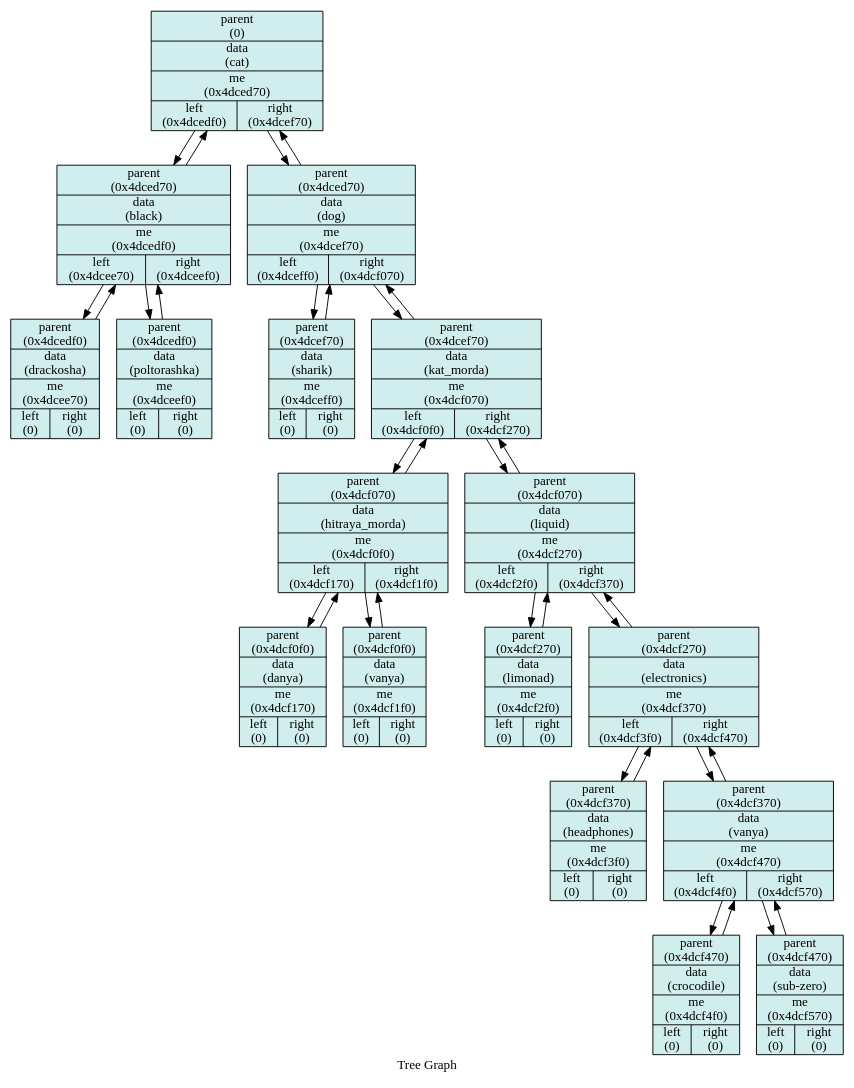
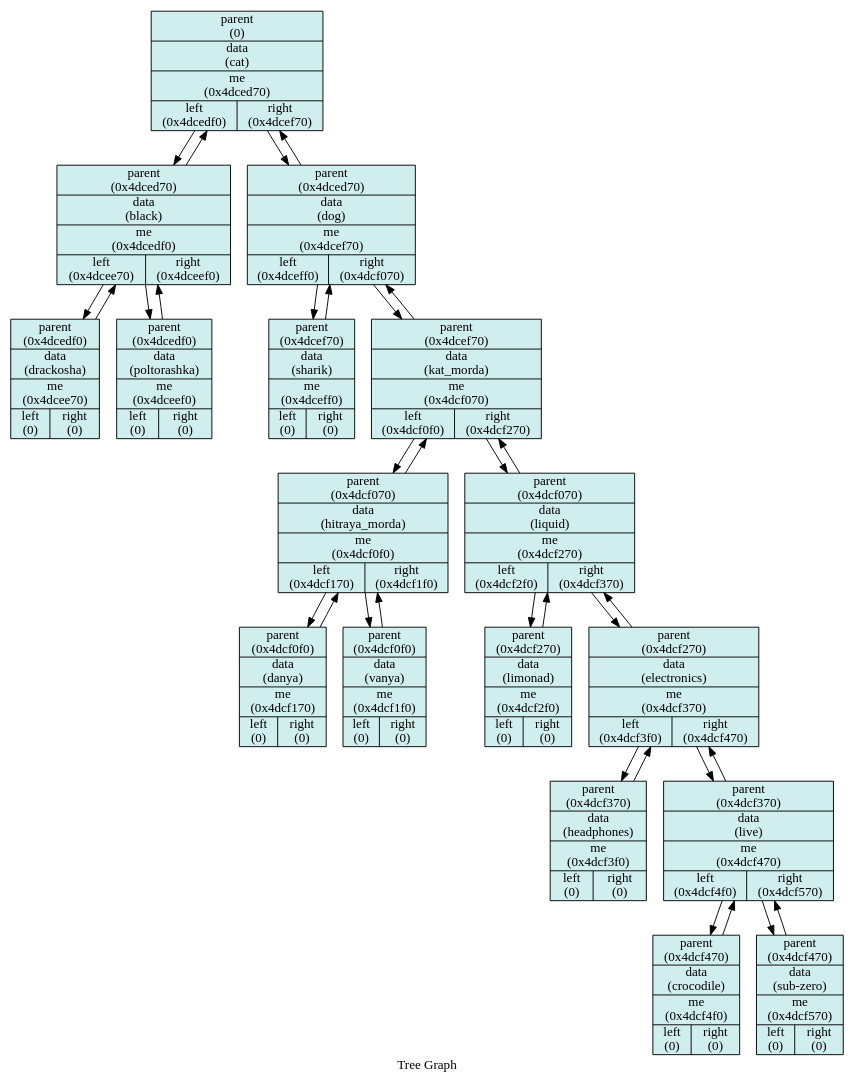
One commit to StaVan28/iLab changed the diagram in 7_akinator/Txt/graph_tree_db.dot. Above: the diagram before and after it, drawn with Graphviz. The commit also changed 17 other files, not shown here.

```diff
--- a/7_akinator/Txt/graph_tree_db.dot
+++ b/7_akinator/Txt/graph_tree_db.dot
@@ -1,91 +1,91 @@
 digraph Tree {
 
 	node [shape = "circle", style = "filled", fillcolor = "red",fontcolor = "#000000", margin = "0.01"];
 	rankdir = "TB";
 
 	label = "Tree Graph";
 
 	"0x4dced70" [shape = "record", fillcolor="lightcyan2", label = "{ {parent\n (0) } |{data\n (cat) } |{me\n (0x4dced70) } |{left\n (0x4dcedf0)   |right\n (0x4dcef70) } }"];
 	"0x4dced70"->"0x4dcedf0";
 	"0x4dced70"->"0x4dcef70";
 
 
 	"0x4dcef70" [shape = "record", fillcolor="lightcyan2", label = "{ {parent\n (0x4dced70) } |{data\n (dog) } |{me\n (0x4dcef70) } |{left\n (0x4dceff0)   |right\n (0x4dcf070) } }"];
 	"0x4dcef70"->"0x4dced70";
 	"0x4dcef70"->"0x4dceff0";
 	"0x4dcef70"->"0x4dcf070";
 
 
 	"0x4dcf070" [shape = "record", fillcolor="lightcyan2", label = "{ {parent\n (0x4dcef70) } |{data\n (kat_morda) } |{me\n (0x4dcf070) } |{left\n (0x4dcf0f0)   |right\n (0x4dcf270) } }"];
 	"0x4dcf070"->"0x4dcef70";
 	"0x4dcf070"->"0x4dcf0f0";
 	"0x4dcf070"->"0x4dcf270";
 
 
 	"0x4dcf270" [shape = "record", fillcolor="lightcyan2", label = "{ {parent\n (0x4dcf070) } |{data\n (liquid) } |{me\n (0x4dcf270) } |{left\n (0x4dcf2f0)   |right\n (0x4dcf370) } }"];
 	"0x4dcf270"->"0x4dcf070";
 	"0x4dcf270"->"0x4dcf2f0";
 	"0x4dcf270"->"0x4dcf370";
 
 
 	"0x4dcf370" [shape = "record", fillcolor="lightcyan2", label = "{ {parent\n (0x4dcf270) } |{data\n (electronics) } |{me\n (0x4dcf370) } |{left\n (0x4dcf3f0)   |right\n (0x4dcf470) } }"];
 	"0x4dcf370"->"0x4dcf270";
 	"0x4dcf370"->"0x4dcf3f0";
 	"0x4dcf370"->"0x4dcf470";
 
 
-	"0x4dcf470" [shape = "record", fillcolor="lightcyan2", label = "{ {parent\n (0x4dcf370) } |{data\n (vanya) } |{me\n (0x4dcf470) } |{left\n (0x4dcf4f0)   |right\n (0x4dcf570) } }"];
+	"0x4dcf470" [shape = "record", fillcolor="lightcyan2", label = "{ {parent\n (0x4dcf370) } |{data\n (live) } |{me\n (0x4dcf470) } |{left\n (0x4dcf4f0)   |right\n (0x4dcf570) } }"];
 	"0x4dcf470"->"0x4dcf370";
 	"0x4dcf470"->"0x4dcf4f0";
 	"0x4dcf470"->"0x4dcf570";
 
 
 	"0x4dcf570" [shape = "record", fillcolor="lightcyan2", label = "{ {parent\n (0x4dcf470) } |{data\n (sub-zero) } |{me\n (0x4dcf570) } |{left\n (0)   |right\n (0) } }"];
 	"0x4dcf570"->"0x4dcf470";
 
 
 	"0x4dcf4f0" [shape = "record", fillcolor="lightcyan2", label = "{ {parent\n (0x4dcf470) } |{data\n (crocodile) } |{me\n (0x4dcf4f0) } |{left\n (0)   |right\n (0) } }"];
 	"0x4dcf4f0"->"0x4dcf470";
 
 
 	"0x4dcf3f0" [shape = "record", fillcolor="lightcyan2", label = "{ {parent\n (0x4dcf370) } |{data\n (headphones) } |{me\n (0x4dcf3f0) } |{left\n (0)   |right\n (0) } }"];
 	"0x4dcf3f0"->"0x4dcf370";
 
 
 	"0x4dcf2f0" [shape = "record", fillcolor="lightcyan2", label = "{ {parent\n (0x4dcf270) } |{data\n (limonad) } |{me\n (0x4dcf2f0) } |{left\n (0)   |right\n (0) } }"];
 	"0x4dcf2f0"->"0x4dcf270";
 
 
 	"0x4dcf0f0" [shape = "record", fillcolor="lightcyan2", label = "{ {parent\n (0x4dcf070) } |{data\n (hitraya_morda) } |{me\n (0x4dcf0f0) } |{left\n (0x4dcf170)   |right\n (0x4dcf1f0) } }"];
 	"0x4dcf0f0"->"0x4dcf070";
 	"0x4dcf0f0"->"0x4dcf170";
 	"0x4dcf0f0"->"0x4dcf1f0";
 
 
 	"0x4dcf1f0" [shape = "record", fillcolor="lightcyan2", label = "{ {parent\n (0x4dcf0f0) } |{data\n (vanya) } |{me\n (0x4dcf1f0) } |{left\n (0)   |right\n (0) } }"];
 	"0x4dcf1f0"->"0x4dcf0f0";
 
 
 	"0x4dcf170" [shape = "record", fillcolor="lightcyan2", label = "{ {parent\n (0x4dcf0f0) } |{data\n (danya) } |{me\n (0x4dcf170) } |{left\n (0)   |right\n (0) } }"];
 	"0x4dcf170"->"0x4dcf0f0";
 
 
 	"0x4dceff0" [shape = "record", fillcolor="lightcyan2", label = "{ {parent\n (0x4dcef70) } |{data\n (sharik) } |{me\n (0x4dceff0) } |{left\n (0)   |right\n (0) } }"];
 	"0x4dceff0"->"0x4dcef70";
 
 
 	"0x4dcedf0" [shape = "record", fillcolor="lightcyan2", label = "{ {parent\n (0x4dced70) } |{data\n (black) } |{me\n (0x4dcedf0) } |{left\n (0x4dcee70)   |right\n (0x4dceef0) } }"];
 	"0x4dcedf0"->"0x4dced70";
 	"0x4dcedf0"->"0x4dcee70";
 	"0x4dcedf0"->"0x4dceef0";
 
 
 	"0x4dceef0" [shape = "record", fillcolor="lightcyan2", label = "{ {parent\n (0x4dcedf0) } |{data\n (poltorashka) } |{me\n (0x4dceef0) } |{left\n (0)   |right\n (0) } }"];
 	"0x4dceef0"->"0x4dcedf0";
 
 
 	"0x4dcee70" [shape = "record", fillcolor="lightcyan2", label = "{ {parent\n (0x4dcedf0) } |{data\n (drackosha) } |{me\n (0x4dcee70) } |{left\n (0)   |right\n (0) } }"];
 	"0x4dcee70"->"0x4dcedf0";
 
 
 }
```
